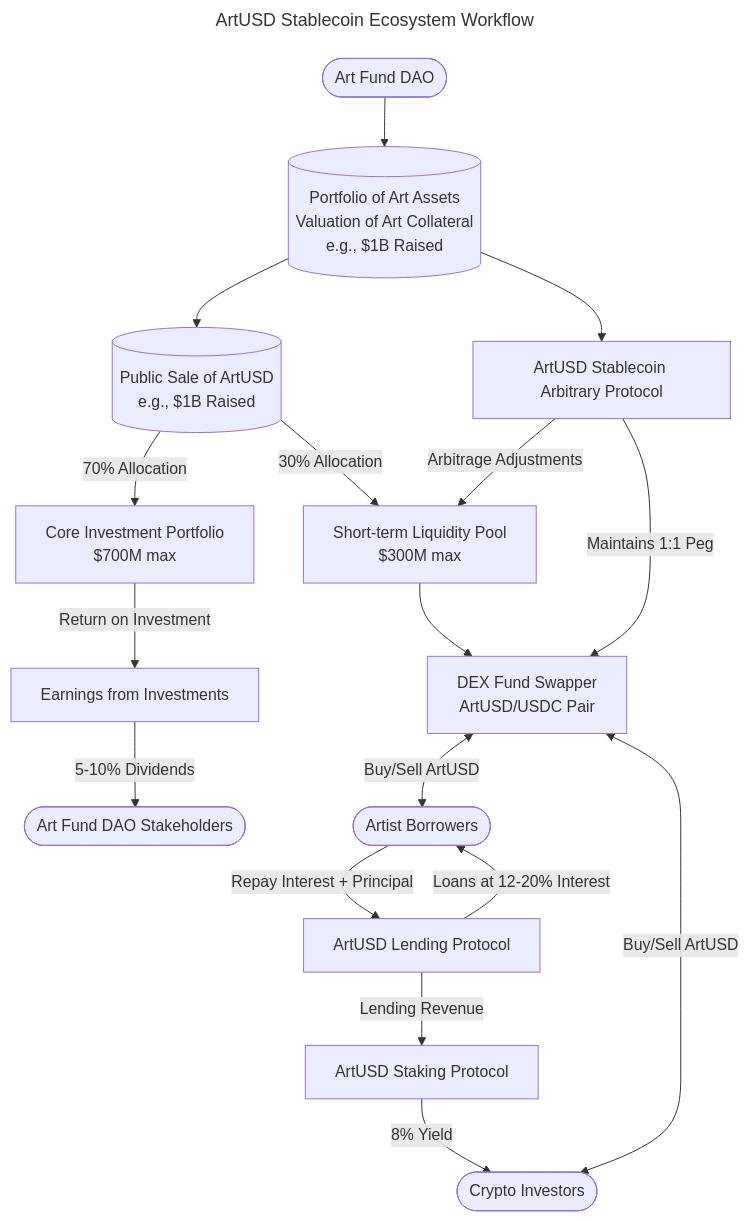
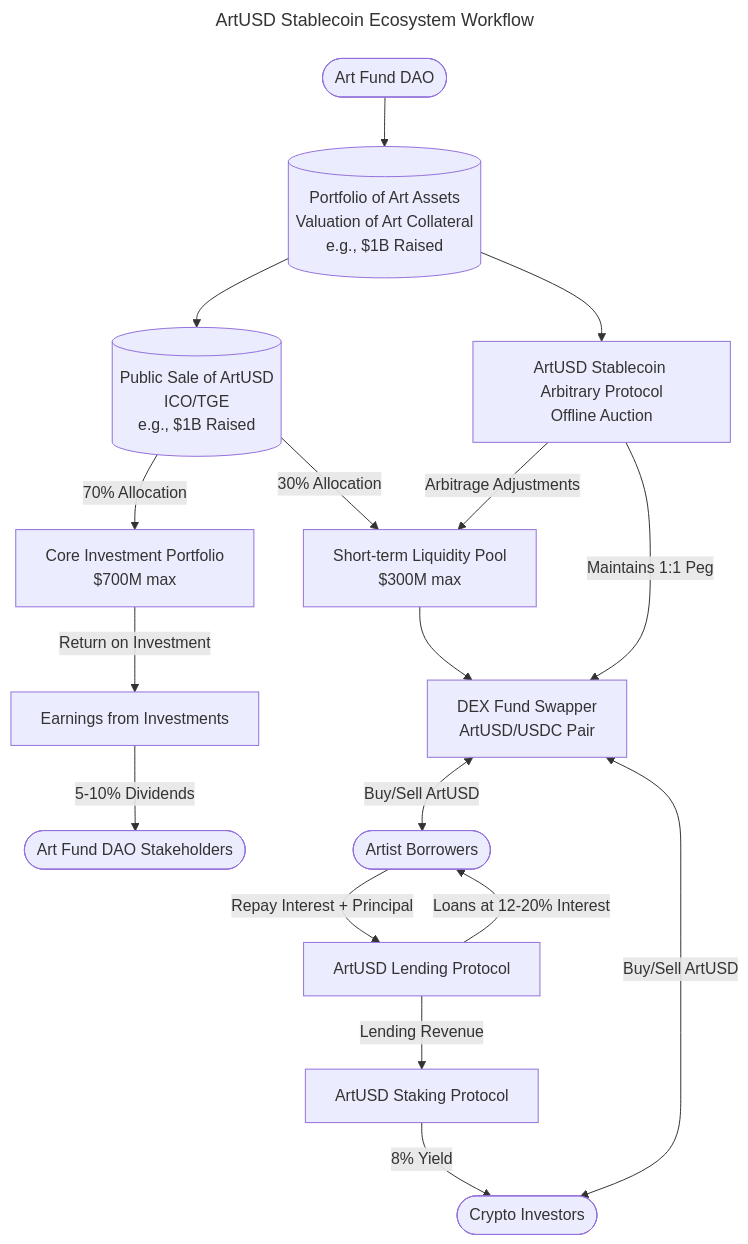
One commit to realmatterio/ArtUSD changed the first of 3 diagrams in ArtUSD Finance Protocol and Workflows.md. Above: the diagram before and after it, drawn with Mermaid.

Commit message:
Update ArtUSD Finance Protocol and Workflows.md

````diff
--- a/ArtUSD Finance Protocol and Workflows.md
+++ b/ArtUSD Finance Protocol and Workflows.md
@@ -3,22 +3,22 @@
 ```mermaid
 ---
 title: ArtUSD Stablecoin Ecosystem Workflow
 ---
 graph TD
-    A[(Public Sale of ArtUSD<br>e.g., $1B Raised)] -->|70% Allocation| B[Core Investment Portfolio<br>$700M max]
+    A[(Public Sale of ArtUSD<br>ICO/TGE<br>e.g., $1B Raised)] -->|70% Allocation| B[Core Investment Portfolio<br>$700M max]
     A -->|30% Allocation| C[Short-term Liquidity Pool<br>$300M max]
     B -->|Return on Investment| D[Earnings from Investments]
     D -->|5-10% Dividends| E([Art Fund DAO Stakeholders])
     F[ArtUSD Lending Protocol] -->|Loans at 12-20% Interest| G([Artist Borrowers])
     G -->|Repay Interest + Principal| F
     F -->|Lending Revenue| H[ArtUSD Staking Protocol]
     H -->|8% Yield| I([Crypto Investors])
     C --> J[DEX Fund Swapper<br>ArtUSD/USDC Pair]
     J <-->|Buy/Sell ArtUSD| I
     J <-->|Buy/Sell ArtUSD| G
-    K[ArtUSD Stablecoin Arbitrary Protocol] -->|Maintains 1:1 Peg| J
+    K[ArtUSD Stablecoin Arbitrary Protocol<br>Offline Auction] -->|Maintains 1:1 Peg| J
     K -->|Arbitrage Adjustments| C
     L([Art Fund DAO]) --> M[(Portfolio of Art Assets<br>Valuation of Art Collateral<br>e.g., $1B Raised)]
     M --> A
     M --> K 
 ```    
````
